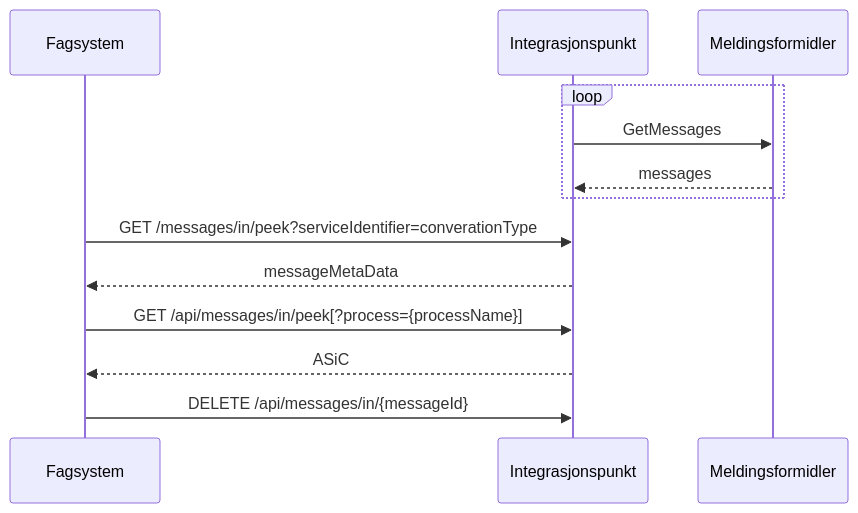
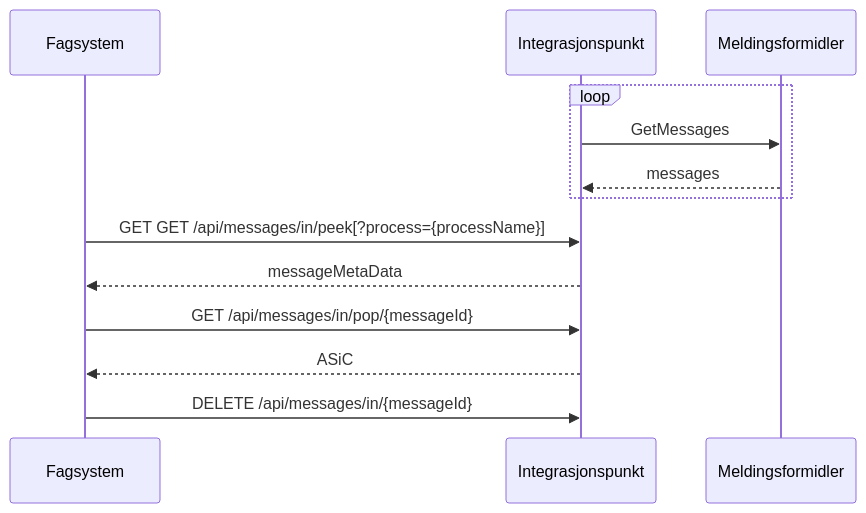
Before and after one commit to felleslosninger/docs: the third of 3 diagrams in _docs/eFormidling/Teknisk_informasjon/meldingsflyt.md, drawn with Mermaid. The commit also changed other lines of this file, not shown here.

```diff
--- a/_docs/eFormidling/Teknisk_informasjon/meldingsflyt.md
+++ b/_docs/eFormidling/Teknisk_informasjon/meldingsflyt.md
@@ -97,19 +97,19 @@
 <div class="mermaid">
 
 sequenceDiagram
     participant fs as Fagsystem
     participant ip as Integrasjonspunkt
     participant mf  as Meldingsformidler
 
     loop
         ip->>mf: GetMessages
         mf-->>ip: messages
     end
     
-    fs->>ip: GET /messages/in/peek?serviceIdentifier=converationType
+    fs->>ip: GET GET /api/messages/in/peek[?process={processName}]
     ip-->>fs: messageMetaData
-    fs->>ip: GET /api/messages/in/peek[?process={processName}]
+    fs->>ip: GET /api/messages/in/pop/{messageId}
     ip-->>fs: ASiC
     fs->>ip: DELETE /api/messages/in/{messageId}
 
 </div>
```
